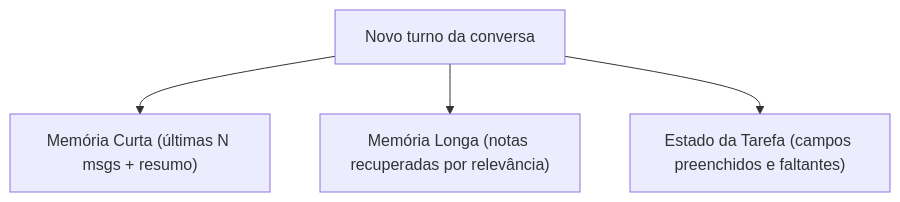
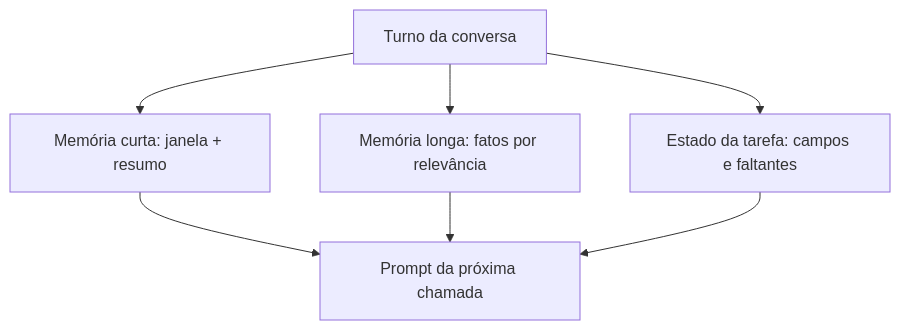
The diagram in content/cursos/n7-engenharia-de-ia/05-agentes-e-ferramentas/03-memoria-e-estado.lvl.md (Lip3Bazinga/v0-level-usp-project), drawn with Mermaid before and after one commit. The commit also changed other lines of this file and 3 other files, not shown here.

````diff
--- a/content/cursos/n7-engenharia-de-ia/05-agentes-e-ferramentas/03-memoria-e-estado.lvl.md
+++ b/content/cursos/n7-engenharia-de-ia/05-agentes-e-ferramentas/03-memoria-e-estado.lvl.md
@@ -24,6 +30,9 @@
 ```mermaid
 flowchart TD
-    T["Novo turno da conversa"] --> MC["Memória Curta (últimas N msgs + resumo)"]
-    T --> ML["Memória Longa (notas recuperadas por relevância)"]
-    T --> ET["Estado da Tarefa (campos preenchidos e faltantes)"]
+    T["Turno da conversa"] --> MC["Memória curta: janela + resumo"]
+    T --> ML["Memória longa: fatos por relevância"]
+    T --> ET["Estado da tarefa: campos e faltantes"]
+    MC --> P["Prompt da próxima chamada"]
+    ML --> P
+    ET --> P
 ```
````
